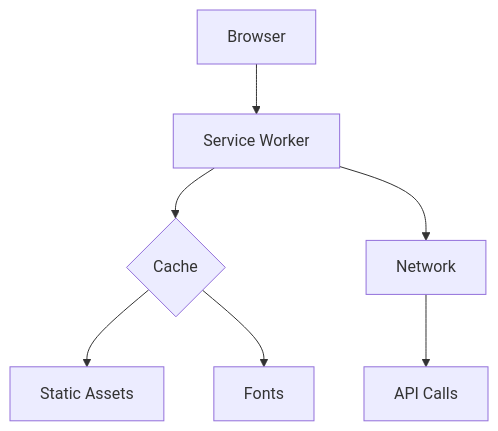
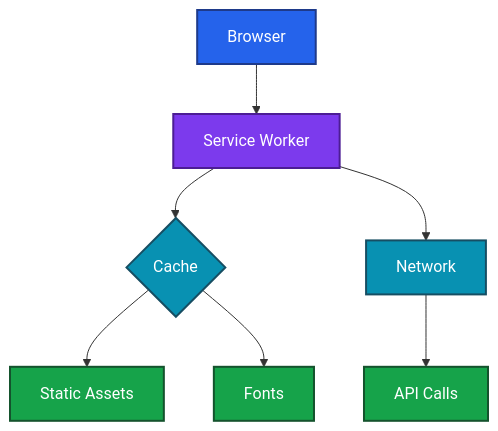
The tenth of 10 diagrams in docs/ARCHITECTURE.md (Adam-Blf/Echo), drawn with Mermaid before and after one commit. The commit also changed other lines of this file and 2 other files, not shown here.

First line of the commit message:
docs: add colors to mermaid diagrams (#9)

````diff
--- a/docs/ARCHITECTURE.md
+++ b/docs/ARCHITECTURE.md
@@ -416,9 +469,18 @@
 ```mermaid
 graph TB
     A[Browser] --> B[Service Worker]
     B --> C{Cache}
     B --> D[Network]
     C --> E[Static Assets]
     C --> F[Fonts]
     D --> G[API Calls]
+
+    classDef c0 fill:#2563eb,stroke:#1e3a8a,stroke-width:2px,color:#ffffff
+    classDef c1 fill:#7c3aed,stroke:#4c1d95,stroke-width:2px,color:#ffffff
+    classDef c2 fill:#0891b2,stroke:#164e63,stroke-width:2px,color:#ffffff
+    classDef c3 fill:#16a34a,stroke:#14532d,stroke-width:2px,color:#ffffff
+    class A c0
+    class B c1
+    class C,D c2
+    class E,F,G c3
 ```
````
